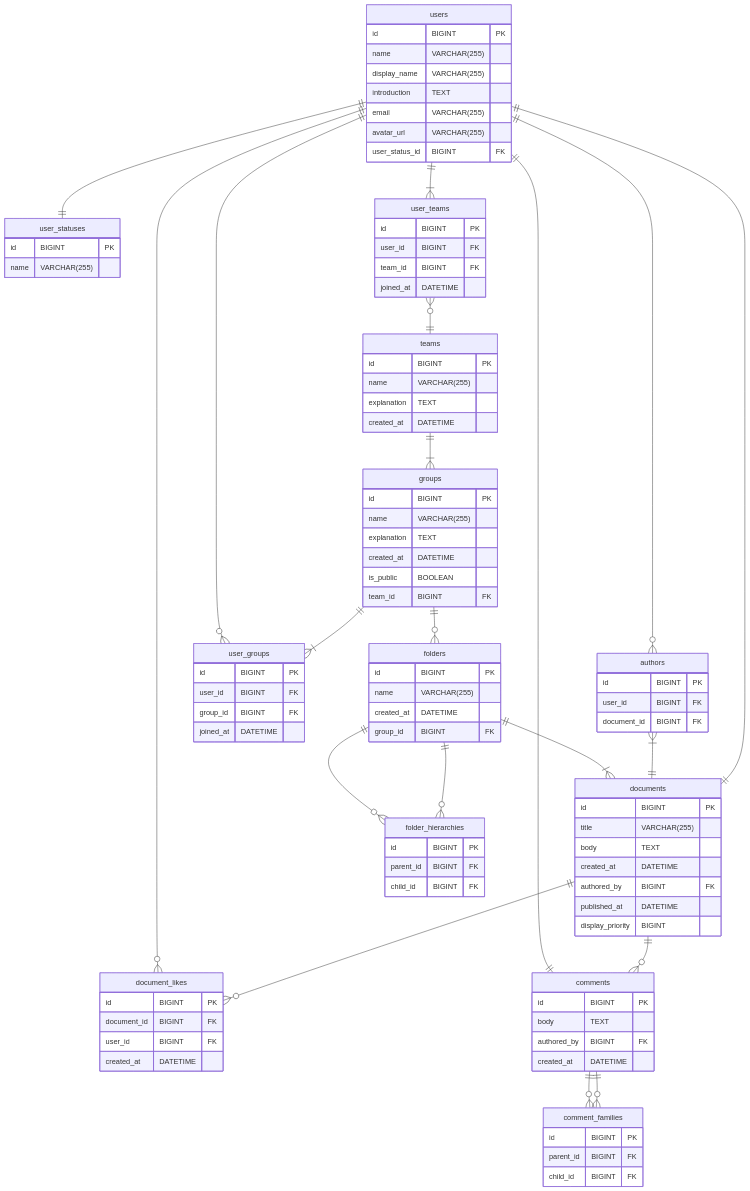
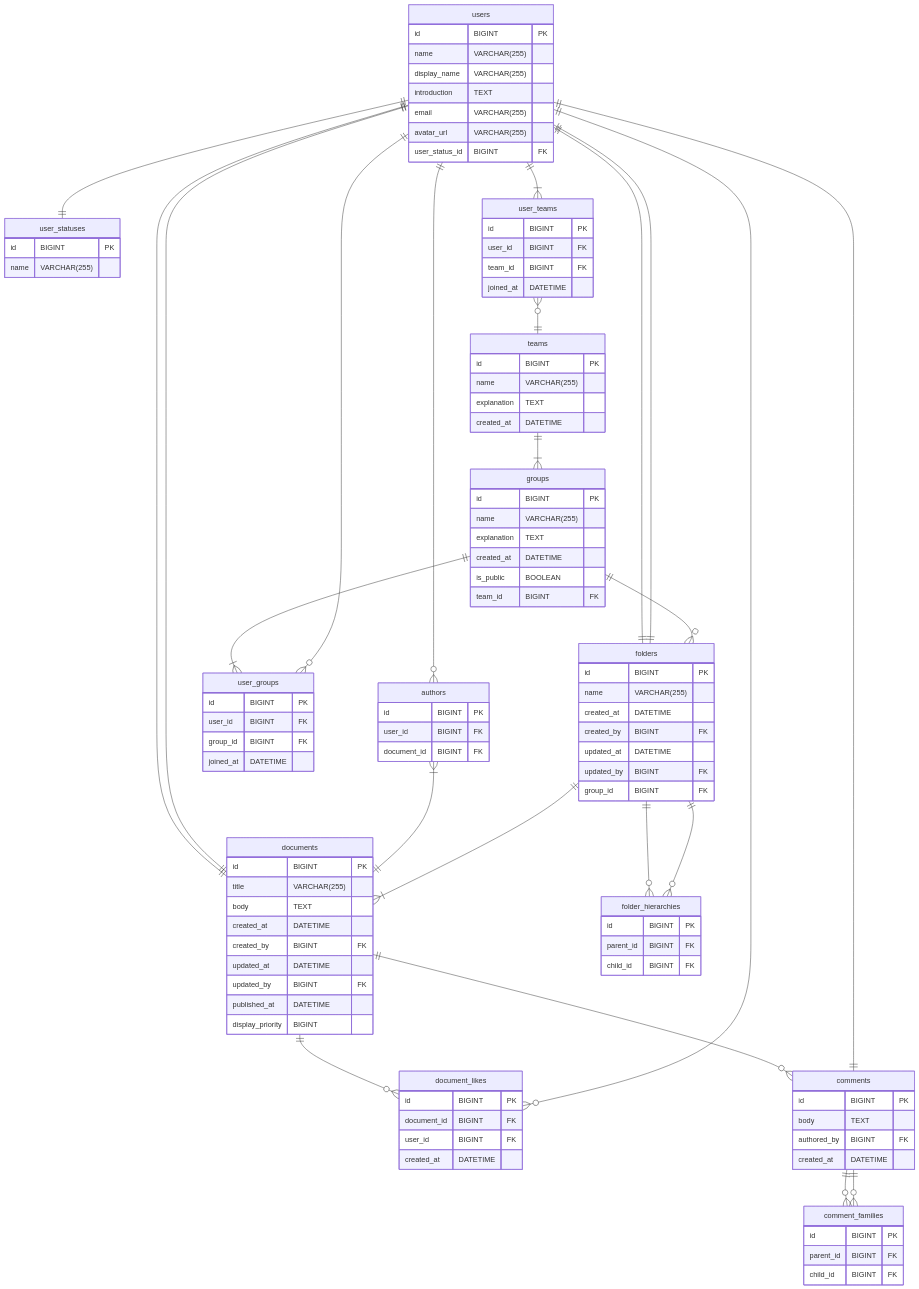
Before and after one commit to praha-inc/praha-challenge-7: the diagram in LUpCvstQOssJiN/database_design/db_modeling_3/order_er_diagram.mmd, drawn with Mermaid.

```diff
--- a/LUpCvstQOssJiN/database_design/db_modeling_3/order_er_diagram.mmd
+++ b/LUpCvstQOssJiN/database_design/db_modeling_3/order_er_diagram.mmd
@@ -1,141 +1,151 @@
 erDiagram
 
 users ||--|| user_statuses: ""
 users ||--o{ authors: ""
-%% 誰によって作られたかを表す
+%% 最初に誰によってドキュメントが作られたかを表す
+users ||--|| documents: ""
+%% 誰によってドキュメントが更新されたかを表す
 users ||--|| documents: ""
 authors }|--|| documents: ""
 documents ||--o{ document_likes: ""
 document_likes }o--|| users: ""
 documents ||--o{ comments: ""
 comments ||--o{ comment_families: ""
 comment_families }o--|| comments: ""
-%% 誰によって作られたかを表す
+%% 誰によってコメントが作られたかを表す
 users ||--|| comments: ""
 users ||--|{ user_teams: ""
+%% 誰によってフォルダが作られたかを表す
+users ||--|| folders: ""
+%% 誰によってフォルダが更新されたかを表す
+users ||--|| folders: ""
 user_teams }o--|| teams: ""
 teams ||--|{ groups: ""
 groups ||--|{ user_groups: ""
 user_groups }o--|| users: ""
 groups ||--o{ folders: ""
 folders ||--o{ folder_hierarchies: ""
 folder_hierarchies }o--|| folders: ""
 folders ||--|{ documents: ""
 
 %% テーブル定義の上のコメントは、物理設計で実装する物を書いています
 
 %% ユーザー権限
 %% ユーザー権限とユーザーは一対一
 %% owner, admin, member, guestが入る
 user_statuses {
   id BIGINT PK
   name VARCHAR(255)
 }
 
 %% id: primary key 制約
 %% name: フルテキストインデックス
 %% email: ユニーク制約
 %% display_name: フルテキストインデックス
 users {
   id BIGINT PK
   name VARCHAR(255)
   display_name VARCHAR(255)
   introduction TEXT
   email VARCHAR(255)
   avatar_url VARCHAR(255)
   user_status_id BIGINT FK
 }
 
 %% id: primary key 制約
 %% title, body: フルテキストインデックス
 %% 記事が公開されたか公開されてないかは、published_atの値で判断する
 documents {
   id BIGINT PK
   title VARCHAR(255)
   body TEXT
   created_at DATETIME
-  authored_by BIGINT FK
+  created_by BIGINT FK
+  updated_at DATETIME
+  updated_by BIGINT FK
   published_at DATETIME
   display_priority BIGINT
 }
 
 %% id: primary key 制約
 %% user_id, document_id: 外部キー制約
 %% document_idにユニーク制約をつける
 authors {
   id BIGINT PK
   user_id BIGINT FK
   document_id BIGINT FK
 }
-
 
 %% 記事は複数のユーザーによっていいねされている
 document_likes {
   id BIGINT PK
   document_id BIGINT FK
   user_id BIGINT FK
   created_at DATETIME
 }
 
 %% 記事はコメントを書ける。また、コメントに対してコメントをしたりもできる
 comments {
   id BIGINT PK
   body TEXT
   authored_by BIGINT FK
   created_at DATETIME
 }
 
 comment_families {
   id BIGINT PK
   parent_id BIGINT FK
   child_id BIGINT FK
 }
 
 %% チームの中に複数のグループがある
 teams {
   id BIGINT PK
   name VARCHAR(255)
   explanation TEXT
   created_at DATETIME
 }
 
 %% ユーザーは複数のチームに所属している
 user_teams {
   id BIGINT PK
   user_id BIGINT FK
   team_id BIGINT FK
   joined_at DATETIME
 }
 
 %% グループは公開非公開が設定できる
 groups {
   id BIGINT PK
   name VARCHAR(255)
   explanation TEXT
   created_at DATETIME
   is_public BOOLEAN
   team_id BIGINT FK
 }
 
 %% ユーザーは複数のグループに所属している
 user_groups {
   id BIGINT PK
   user_id BIGINT FK
   group_id BIGINT FK
   joined_at DATETIME
 }
 
 %% グループの中に複数のフォルダがある
 %% フォルダの中に複数の記事とサブフォルダがある
 folders {
   id BIGINT PK
   name VARCHAR(255)
   created_at DATETIME
+  created_by BIGINT FK
+  updated_at DATETIME
+  updated_by BIGINT FK
   group_id BIGINT FK
 }
 
 folder_hierarchies {
   id BIGINT PK
   parent_id BIGINT FK
   child_id BIGINT FK
 }
```
